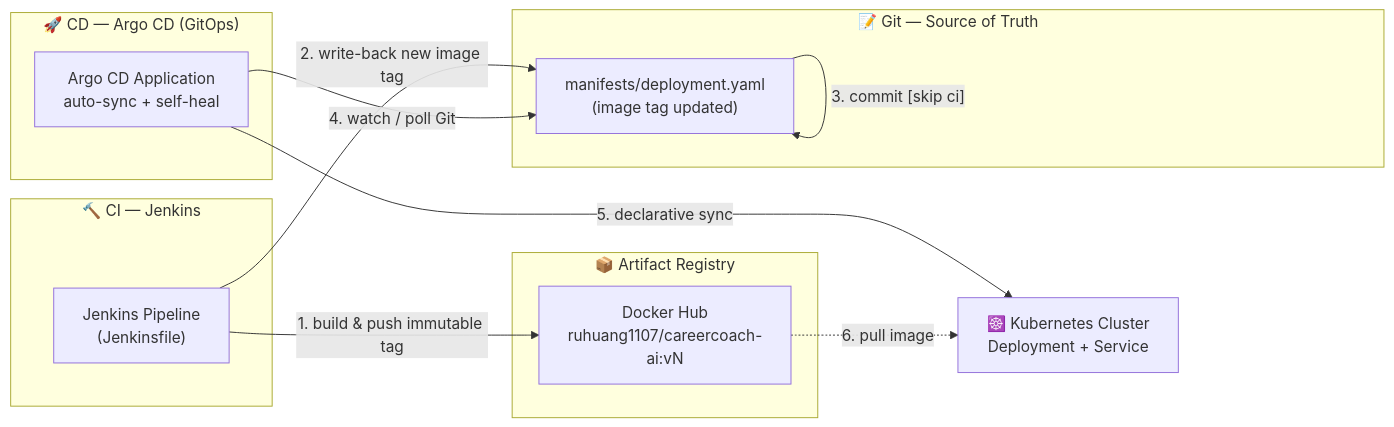
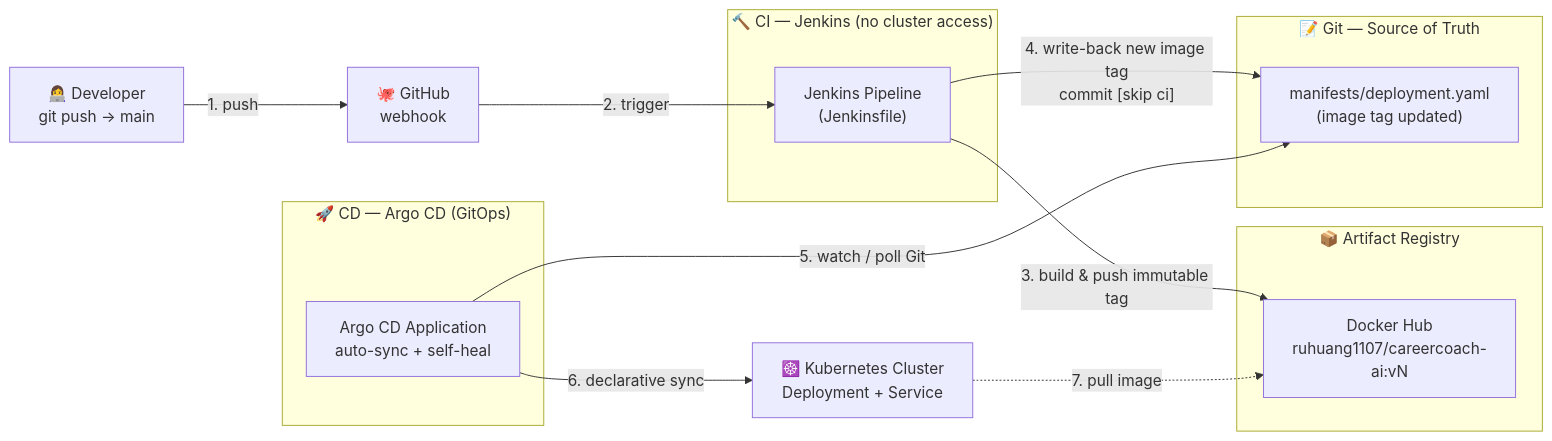
One commit to Ru-Dipity/CareerCoach-AI changed the diagram in README.md. Above: the diagram before and after it, drawn with Mermaid. The commit also changed other lines of this file, not shown here.

````diff
--- a/README.md
+++ b/README.md
@@ -37,30 +37,34 @@
 ```mermaid
 flowchart LR
-  subgraph CI["🔨 CI — Jenkins"]
+  Dev["👩‍💻 Developer<br/>git push → main"]
+  GH["🐙 GitHub<br/>webhook"]
+
+  subgraph CI["🔨 CI — Jenkins (no cluster access)"]
     J["Jenkins Pipeline<br/>(Jenkinsfile)"]
   end
 
   subgraph Registry["📦 Artifact Registry"]
     D["Docker Hub<br/>ruhuang1107/careercoach-ai:vN"]
   end
 
   subgraph Git["📝 Git — Source of Truth"]
     R["manifests/deployment.yaml<br/>(image tag updated)"]
   end
 
   subgraph CD["🚀 CD — Argo CD (GitOps)"]
     A["Argo CD Application<br/>auto-sync + self-heal"]
   end
 
   K["☸️ Kubernetes Cluster<br/>Deployment + Service"]
 
-  J -->|"1. build & push immutable tag"| D
-  J -->|"2. write-back new image tag"| R
-  R -->|"3. commit [skip ci]"| R
-  A -->|"4. watch / poll Git"| R
-  A -->|"5. declarative sync"| K
-  D -.->|"6. pull image"| K
+  Dev -->|"1. push"| GH
+  GH -->|"2. trigger"| J
+  J -->|"3. build & push immutable tag"| D
+  J -->|"4. write-back new image tag<br/>commit [skip ci]"| R
+  A -->|"5. watch / poll Git"| R
+  A -->|"6. declarative sync"| K
+  K -.->|"7. pull image"| D
 
   click J "Jenkinsfile" "Jenkins pipeline: build, push, commit"
   click R "manifests/deployment.yaml" "K8s manifests stored in Git"
 ```
````
